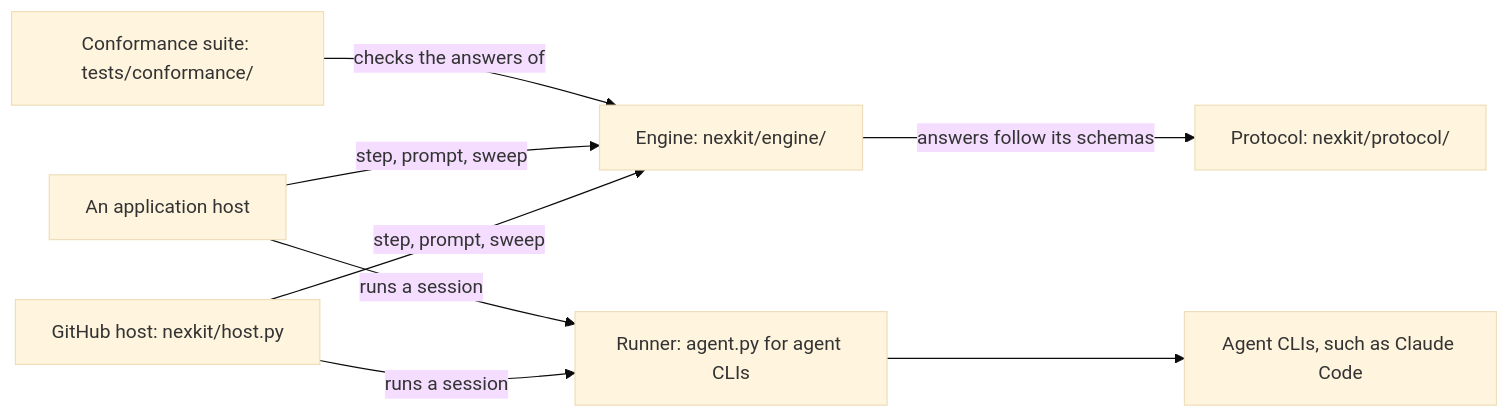
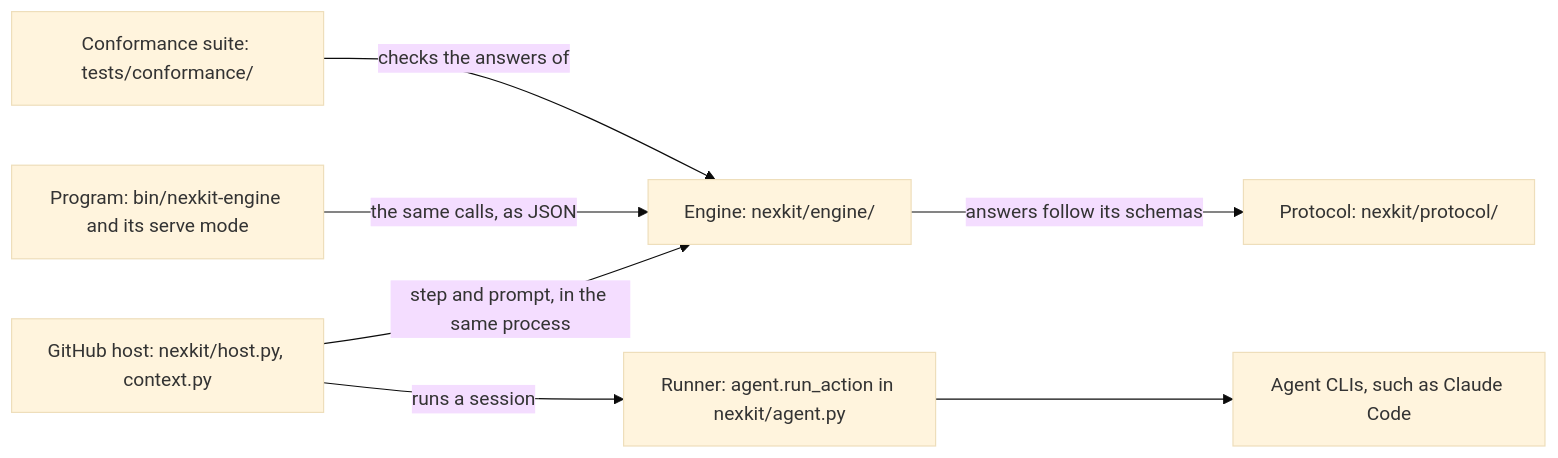
Before and after one commit to phuongnse/nexkit: the second of 2 diagrams in docs/architecture.md, drawn with Mermaid (base theme). The commit also changed other lines of this file, not shown here.

````diff
--- a/docs/architecture.md
+++ b/docs/architecture.md
@@ -141,18 +140,17 @@
 ```mermaid
 flowchart LR
-    GitHub["GitHub host: nexkit/host.py"]
-    App["An application host"]
+    GitHub["GitHub host: nexkit/host.py, context.py"]
+    Program["Program: bin/nexkit-engine and its serve mode"]
     Engine["Engine: nexkit/engine/"]
     Protocol["Protocol: nexkit/protocol/"]
-    Runner["Runner: agent.py for agent CLIs"]
+    Runner["Runner: agent.run_action in nexkit/agent.py"]
     Agents["Agent CLIs, such as Claude Code"]
     Suite["Conformance suite: tests/conformance/"]
 
-    GitHub -->|"step, prompt, sweep"| Engine
-    App -->|"step, prompt, sweep"| Engine
+    GitHub -->|"step and prompt, in the same process"| Engine
+    Program -->|"the same calls, as JSON"| Engine
     Engine -->|"answers follow its schemas"| Protocol
     Suite -->|"checks the answers of"| Engine
     GitHub -->|"runs a session"| Runner
-    App -->|"runs a session"| Runner
     Runner --> Agents
 ```
````
